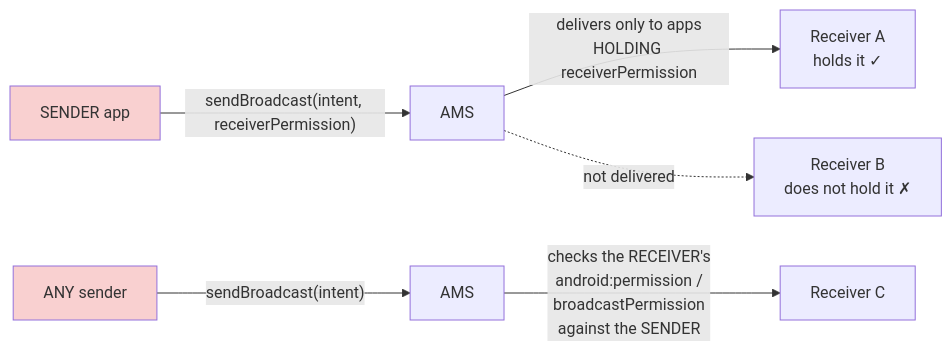
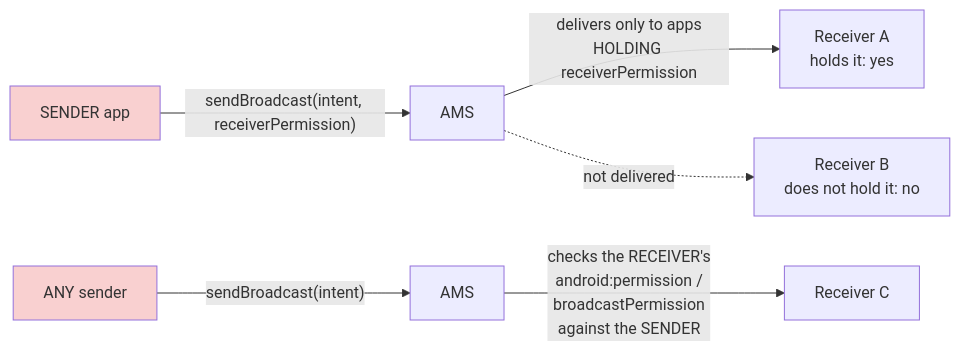
Before and after one commit to FlyPhantomFly/android-security-handbook: the sixth of 8 diagrams in 29-BroadcastReceivers/README.md, drawn with Mermaid. The commit also changed other lines of this file and 160 other files, not shown here.

````diff
--- a/29-BroadcastReceivers/README.md
+++ b/29-BroadcastReceivers/README.md
@@ -1031,12 +1031,12 @@
 ```mermaid
 flowchart LR
     S["SENDER app"] -- "sendBroadcast(intent, receiverPermission)" --> AMS["AMS"]
-    AMS -- "delivers only to apps<br/>HOLDING receiverPermission" --> R1["Receiver A<br/>holds it ✓"]
-    AMS -. "not delivered" .-> R2["Receiver B<br/>does not hold it ✗"]
+    AMS -- "delivers only to apps<br/>HOLDING receiverPermission" --> R1["Receiver A<br/>holds it: yes"]
+    AMS -. "not delivered" .-> R2["Receiver B<br/>does not hold it: no"]
 
     S2["ANY sender"] -- "sendBroadcast(intent)" --> AMS2["AMS"]
     AMS2 -- "checks the RECEIVER's<br/>android:permission /<br/>broadcastPermission<br/>against the SENDER" --> R3["Receiver C"]
 
     style S fill:#f9d0d0
     style S2 fill:#f9d0d0
 ```
````
